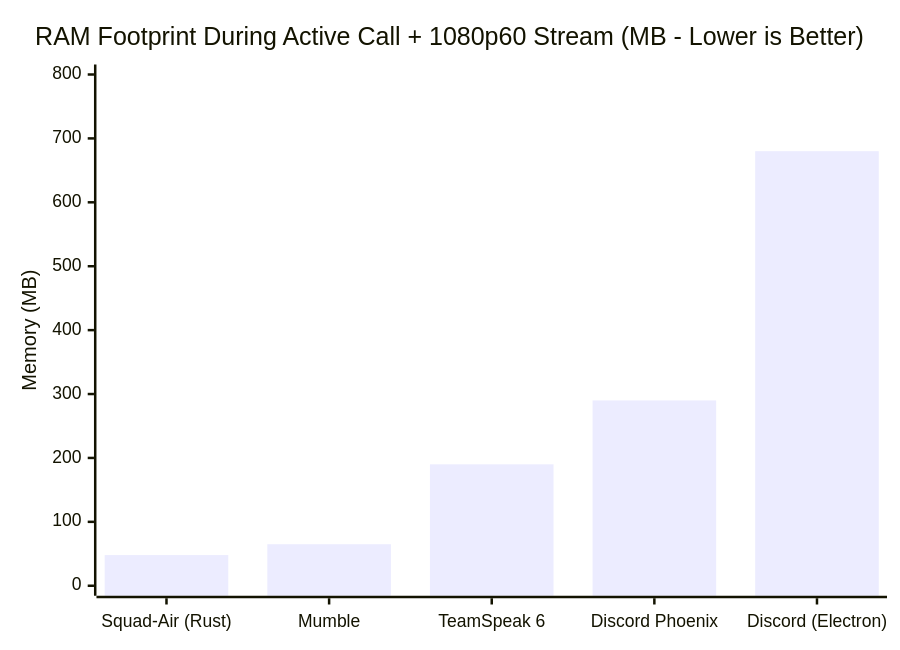
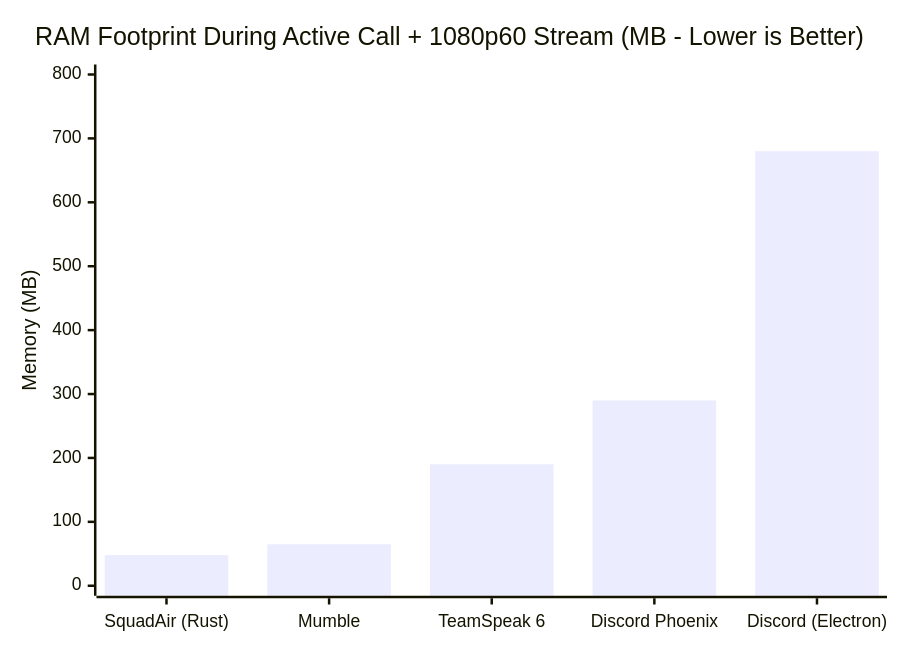
Before and after one commit to alivergg/squad-air: the first of 2 diagrams in README.md, drawn with Mermaid. The commit also changed other lines of this file, not shown here.

Commit message:
docs(readme): use SquadAir brand name consistently without hyphen

````diff
--- a/README.md
+++ b/README.md
@@ -65,7 +65,7 @@
 ```mermaid
 xychart-beta
     title "RAM Footprint During Active Call + 1080p60 Stream (MB - Lower is Better)"
-    x-axis ["Squad-Air (Rust)", "Mumble", "TeamSpeak 6", "Discord Phoenix", "Discord (Electron)"]
+    x-axis ["SquadAir (Rust)", "Mumble", "TeamSpeak 6", "Discord Phoenix", "Discord (Electron)"]
     y-axis "Memory (MB)" 0 --> 800
     bar [48, 65, 190, 290, 680]
 ```
````
